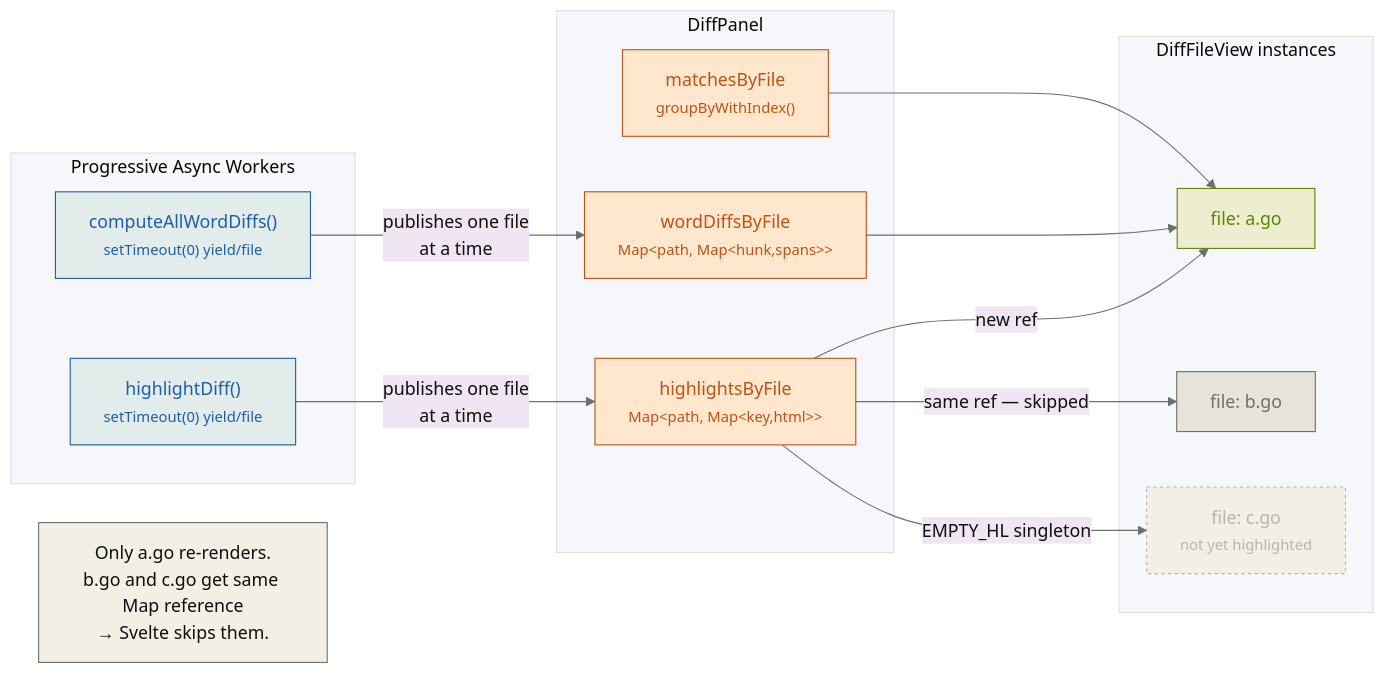
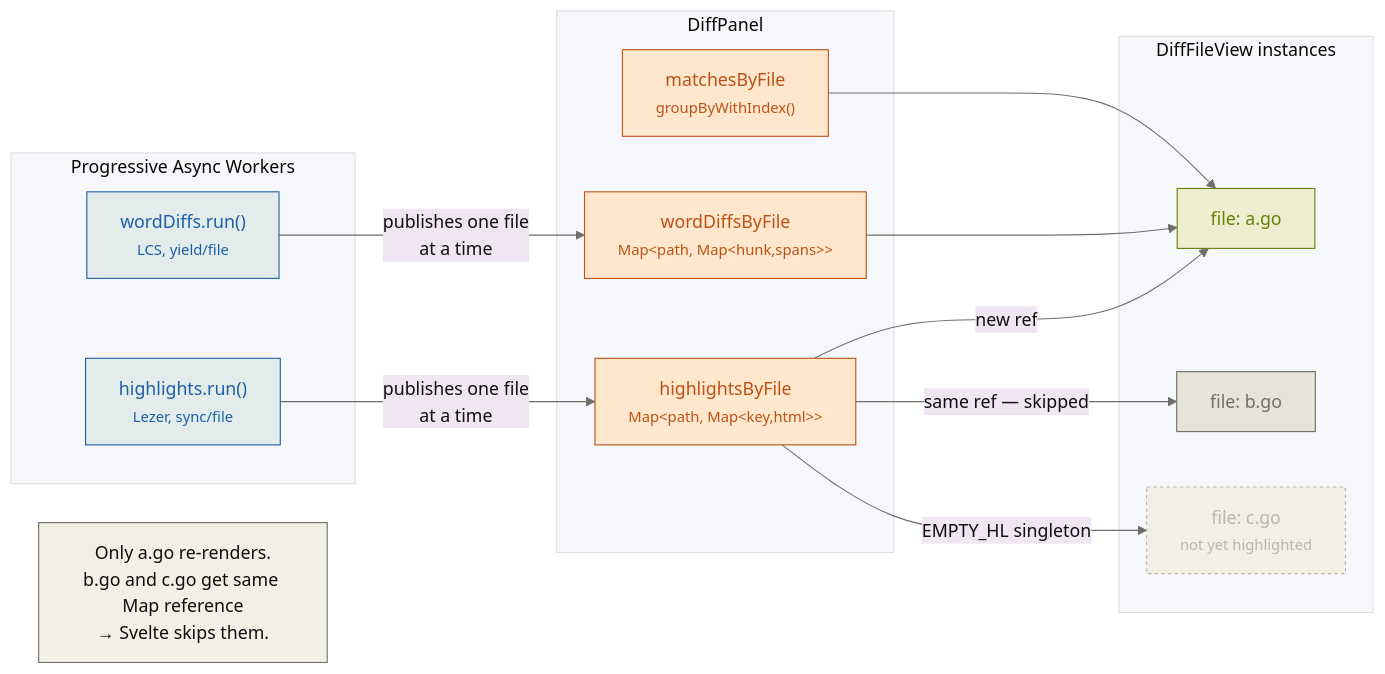
One commit to chronologos/lightjj changed the fourth of 5 diagrams in docs/ARCHITECTURE.md. Above: the diagram before and after it, drawn with Mermaid. The commit also changed other lines of this file and 12 other files, not shown here.

````diff
--- a/docs/ARCHITECTURE.md
+++ b/docs/ARCHITECTURE.md
@@ -326,43 +326,43 @@
 ```mermaid
 %%{init: {'theme': 'base', 'themeVariables': {
   'primaryColor':'#F2F0E5',
   'primaryTextColor':'#100F0F',
   'primaryBorderColor':'#6F6E69',
   'lineColor':'#6F6E69',
   'textColor':'#100F0F'
 }}}%%
 flowchart LR
     classDef blue fill:#E1ECEB,stroke:#205EA6,color:#205EA6
     classDef orange fill:#FFE7CE,stroke:#BC5215,color:#BC5215
     classDef green fill:#EDEECF,stroke:#66800B,color:#66800B
     classDef gray fill:#E6E4D9,stroke:#6F6E69,color:#6F6E69
     classDef empty fill:#F2F0E5,stroke:#B7B5AC,color:#B7B5AC,stroke-dasharray: 3 3
 
     subgraph panel["DiffPanel"]
         hlMap["highlightsByFile<br/><small>Map&lt;path, Map&lt;key,html&gt;&gt;</small>"]:::orange
         wdMap["wordDiffsByFile<br/><small>Map&lt;path, Map&lt;hunk,spans&gt;&gt;</small>"]:::orange
         smMap["matchesByFile<br/><small>groupByWithIndex()</small>"]:::orange
     end
 
     subgraph progressive["Progressive Async Workers"]
-        shiki["highlightDiff()<br/><small>setTimeout(0) yield/file</small>"]:::blue
-        word["computeAllWordDiffs()<br/><small>setTimeout(0) yield/file</small>"]:::blue
+        hl["highlights.run()<br/><small>Lezer, sync/file</small>"]:::blue
+        word["wordDiffs.run()<br/><small>LCS, yield/file</small>"]:::blue
     end
 
-    shiki -->|"publishes one file<br/>at a time"| hlMap
+    hl -->|"publishes one file<br/>at a time"| hlMap
     word -->|"publishes one file<br/>at a time"| wdMap
 
     subgraph views["DiffFileView instances"]
         dfv1["file: a.go"]:::green
         dfv2["file: b.go"]:::gray
         dfv3["file: c.go<br/><small>not yet highlighted</small>"]:::empty
     end
 
     hlMap -->|"new ref"| dfv1
     hlMap -->|"same ref — skipped"| dfv2
     hlMap -->|"EMPTY_HL singleton"| dfv3
     wdMap --> dfv1
     smMap --> dfv1
 
     note["Only a.go re-renders.<br/>b.go and c.go get same Map reference<br/>→ Svelte skips them."]
 ```
````
